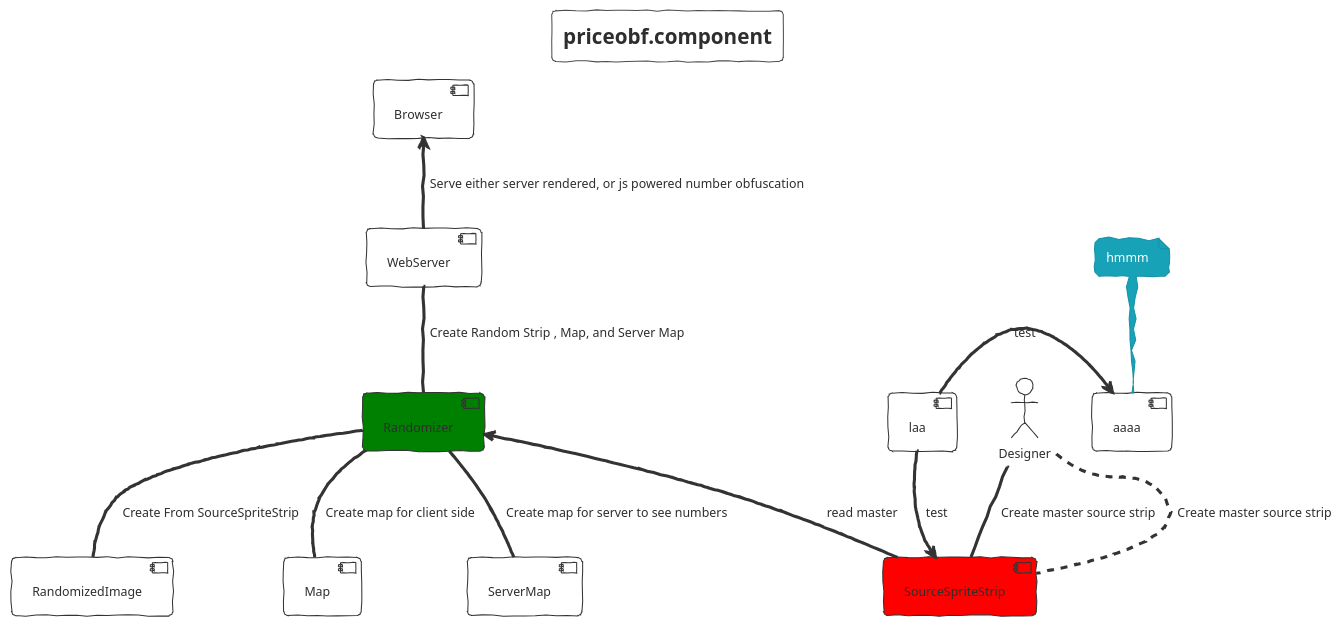
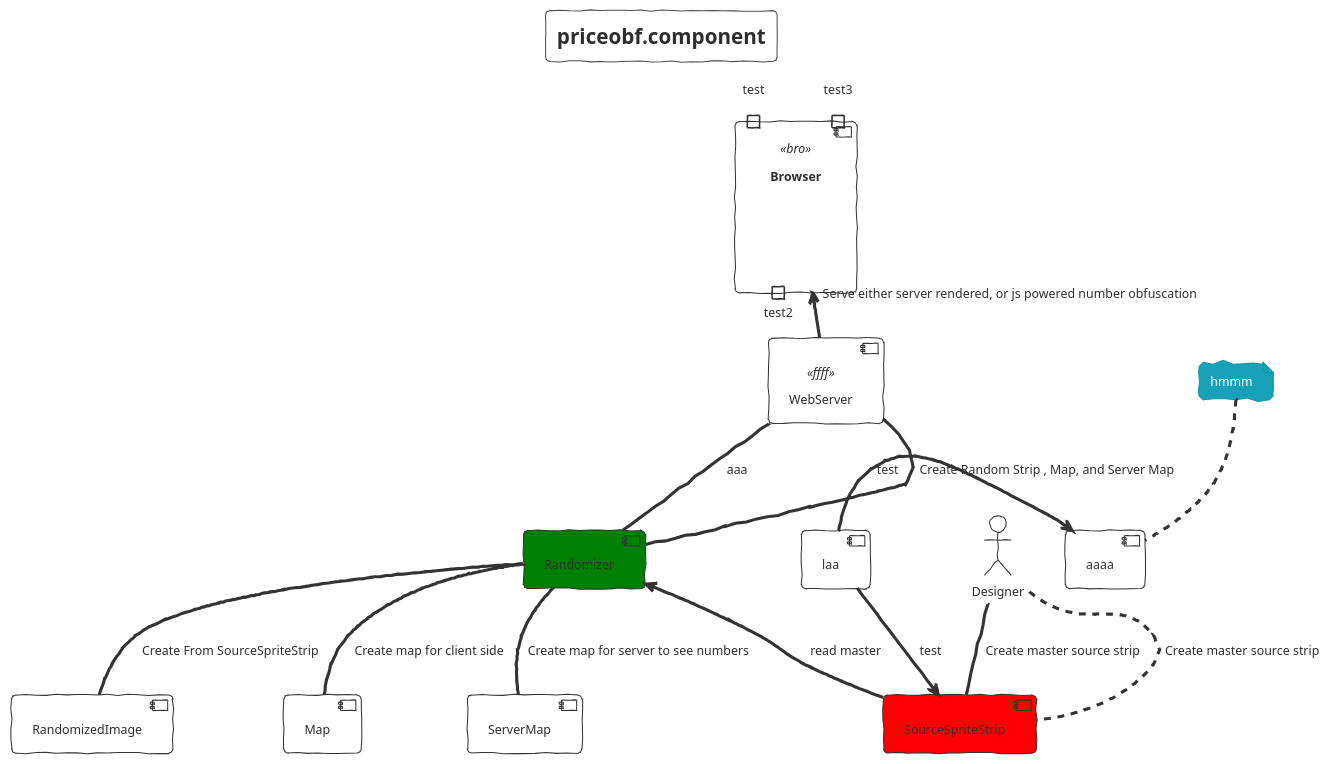
Before and after one commit to AnQueth/PlantUMLEditor: the diagram in testdocs/priceobf.component.puml, drawn with PlantUML. The commit also changed 4 other files, not shown here.

```diff
--- a/testdocs/priceobf.component.puml
+++ b/testdocs/priceobf.component.puml
@@ -1,26 +1,35 @@
 @startuml
 
 title priceobf.component
+
 !theme sketchy-outline
-
 component SourceSpriteStrip #red
 component Randomizer #green
 component RandomizedImage
 component Map
 component ServerMap
-component WebServer   
-component Browser
+component WebServer as ws <<ffff>>
+component Browser <<bro>> {
+    
+     
+    port test
+    portout test2
+    portin test3
+}
+
 actor Designer
+[laa] -> [aaaa] : test
 
-[laa] -> [aaaa] : test
-note top of [aaaa] : hmmm
+note top of [aaaa] : hmmm 
+ 
 [laa] --> SourceSpriteStrip : test
 Designer - SourceSpriteStrip : Create master source strip
 Designer .. SourceSpriteStrip : Create master source strip
 Randomizer <-- SourceSpriteStrip : read master
-WebServer -- Randomizer : Create Random Strip , Map, and Server Map
+ws -- Randomizer : aaa
+ws -- Randomizer : Create Random Strip , Map, and Server Map
 Randomizer -- RandomizedImage : Create From SourceSpriteStrip
 Randomizer -- Map : Create map for client side
 Randomizer -- ServerMap : Create map for server to see numbers
-Browser <-- WebServer : Serve either server rendered, or js powered number obfuscation
+Browser <-- ws : Serve either server rendered, or js powered number obfuscation
 @enduml
```
